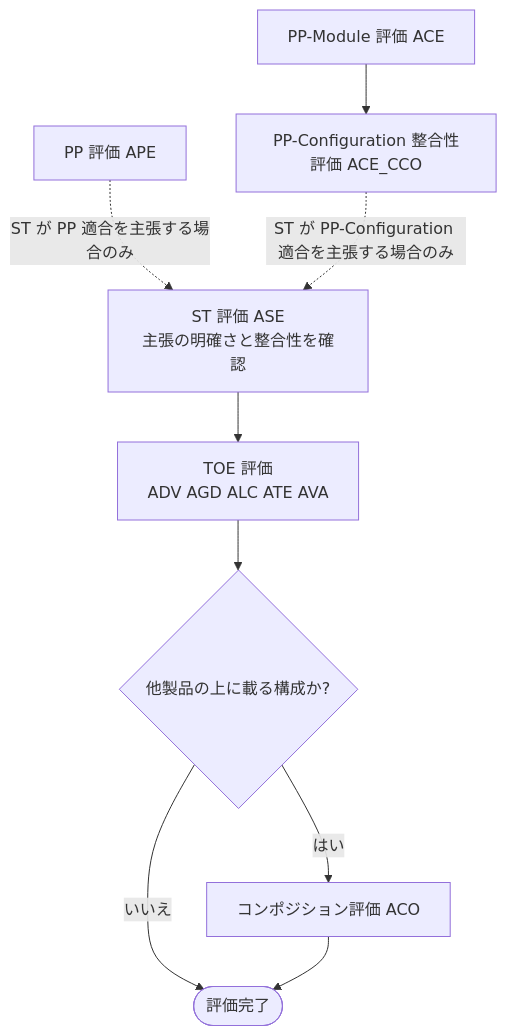
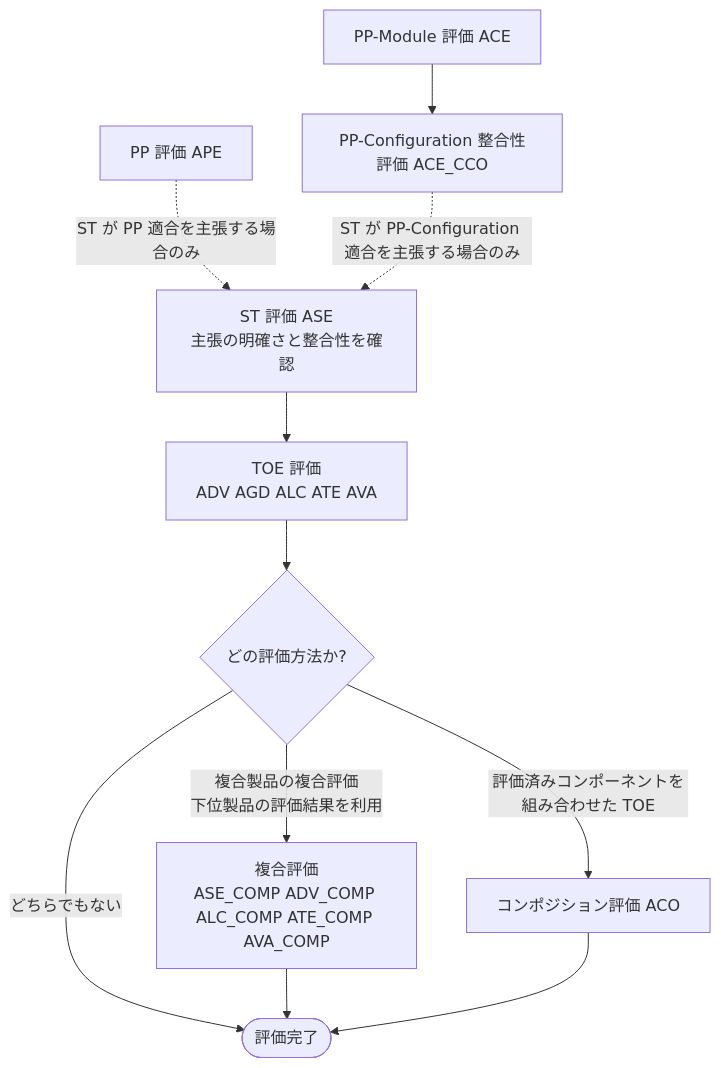
The tenth of 18 diagrams in Iso-iec-18045-2026-guide.md (myoshi2891/Security_Studies), drawn with Mermaid before and after one commit. The commit also changed 3 other files, not shown here.

````diff
--- a/Iso-iec-18045-2026-guide.md
+++ b/Iso-iec-18045-2026-guide.md
@@ -379,11 +379,13 @@
 ```mermaid
 flowchart TD
     PP["PP 評価 APE"] -.->|"ST が PP 適合を主張する場合のみ"| ST
     PM["PP-Module 評価 ACE"] --> PC["PP-Configuration 整合性評価 ACE_CCO"]
     PC -.->|"ST が PP-Configuration 適合を主張する場合のみ"| ST
     ST["ST 評価 ASE<br/>主張の明確さと整合性を確認"] --> TOE
-    TOE["TOE 評価<br/>ADV AGD ALC ATE AVA"] --> COMP{"他製品の上に載る構成か?"}
-    COMP -->|"はい"| ACO["コンポジション評価 ACO"]
-    COMP -->|"いいえ"| END(["評価完了"])
+    TOE["TOE 評価<br/>ADV AGD ALC ATE AVA"] --> COMP{"どの評価方法か?"}
+    COMP -->|"複合製品の複合評価<br/>下位製品の評価結果を利用"| CPE["複合評価<br/>ASE_COMP ADV_COMP ALC_COMP ATE_COMP AVA_COMP"]
+    COMP -->|"評価済みコンポーネントを組み合わせた TOE"| ACO["コンポジション評価 ACO"]
+    COMP -->|"どちらでもない"| END(["評価完了"])
+    CPE --> END
     ACO --> END
 ```
````
